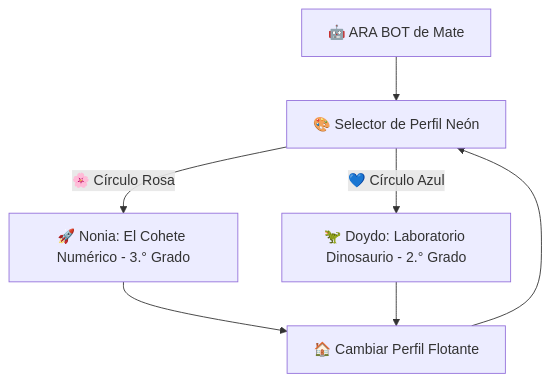
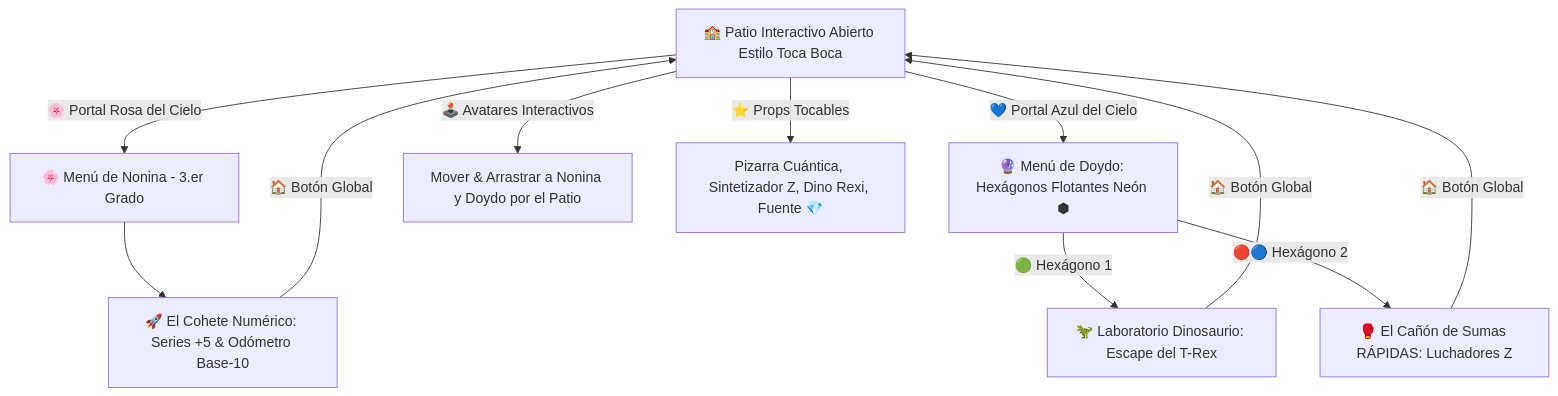
The diagram in README.md (coloapp/Juegos_Escolares), drawn with Mermaid before and after one commit. The commit also changed other lines of this file and 3 other files, not shown here.

Commit message:
feat(pwa): mundo interactivo toca boca, hexágonos flotantes neón y cañón de sumas z

````diff
--- a/README.md
+++ b/README.md
@@ -18,9 +17,15 @@
 ```mermaid
 graph TD
-    A[🤖 ARA BOT de Mate] --> B[🎨 Selector de Perfil Neón]
-    B -->|🌸 Círculo Rosa| C[🚀 Nonia: El Cohete Numérico - 3.° Grado]
-    B -->|💙 Círculo Azul| D[🦖 Doydo: Laboratorio Dinosaurio - 2.° Grado]
-    C --> E[🏠 Cambiar Perfil Flotante]
-    D --> E
-    E --> B
+    A[🏫 Patio Interactivo Abierto Estilo Toca Boca] -->|🌸 Portal Rosa del Cielo| B[🌸 Menú de Nonina - 3.er Grado]
+    A -->|💙 Portal Azul del Cielo| C[🔮 Menú de Doydo: Hexágonos Flotantes Neón ⬢]
+    A -->|🕹️ Avatares Interactivos| D[Mover & Arrastrar a Nonina y Doydo por el Patio]
+    A -->|⭐ Props Tocables| E[Pizarra Cuántica, Sintetizador Z, Dino Rexi, Fuente 💎]
+    
+    B --> F[🚀 El Cohete Numérico: Series +5 & Odómetro Base-10]
+    C -->|🟢 Hexágono 1| G[🦖 Laboratorio Dinosaurio: Escape del T-Rex]
+    C -->|🔴🔵 Hexágono 2| H[🥊 El Cañón de Sumas RÁPIDAS: Luchadores Z]
+    
+    F -->|🏠 Botón Global| A
+    G -->|🏠 Botón Global| A
+    H -->|🏠 Botón Global| A
 ```
````
